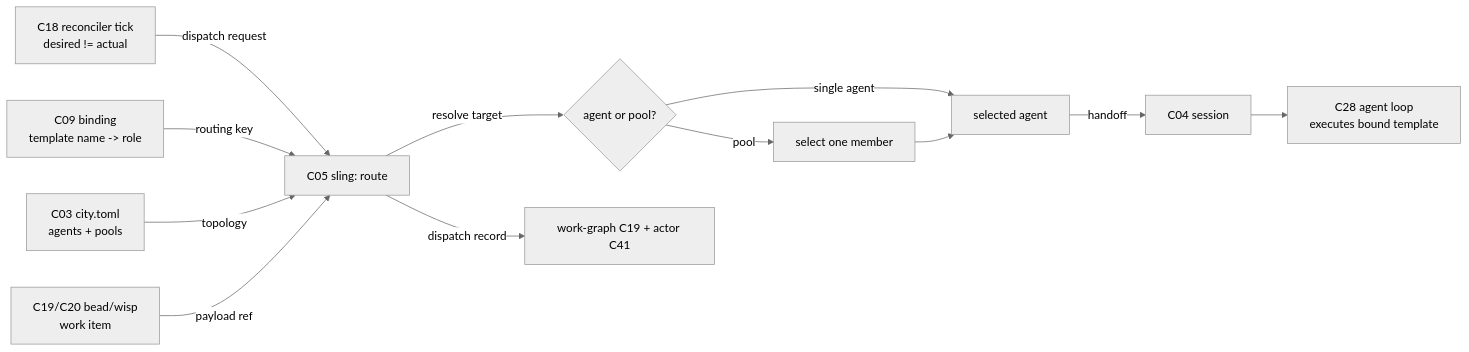
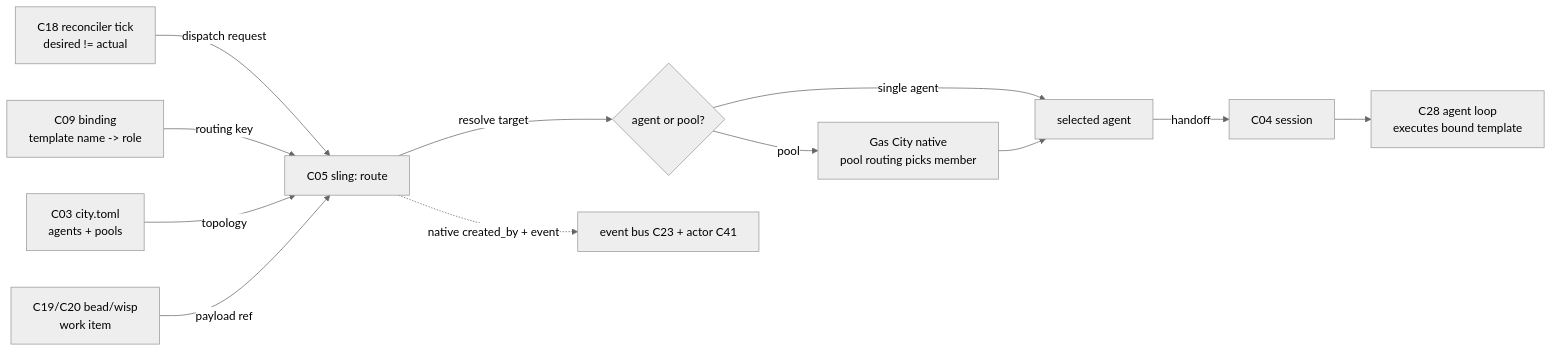
The diagram in architectures/v4/spec/C05-sling-dispatch.md (lago-morph/software-factory), drawn with Mermaid (neutral theme) before and after one commit. The commit also changed other lines of this file and 18 other files, not shown here.

````diff
--- a/architectures/v4/spec/C05-sling-dispatch.md
+++ b/architectures/v4/spec/C05-sling-dispatch.md
@@ -92,13 +94,13 @@
 ```mermaid
 flowchart LR
     REC[C18 reconciler tick<br/>desired != actual] -->|dispatch request| C05[C05 sling: route]
     C09[C09 binding<br/>template name -> role] -->|routing key| C05
     CFG[C03 city.toml<br/>agents + pools] -->|topology| C05
     BEAD[C19/C20 bead/wisp<br/>work item] -->|payload ref| C05
     C05 -->|resolve target| TGT{agent or pool?}
     TGT -->|single agent| SEL[selected agent]
-    TGT -->|pool| PICK[select one member] --> SEL
+    TGT -->|pool| PICK[Gas City native<br/>pool routing picks member] --> SEL
     SEL -->|handoff| C04[C04 session]
     C04 --> C28[C28 agent loop<br/>executes bound template]
-    C05 -->|dispatch record| ATTR[work-graph C19 + actor C41]
+    C05 -.native created_by + event.-> ATTR[event bus C23 + actor C41]
 ```
````
